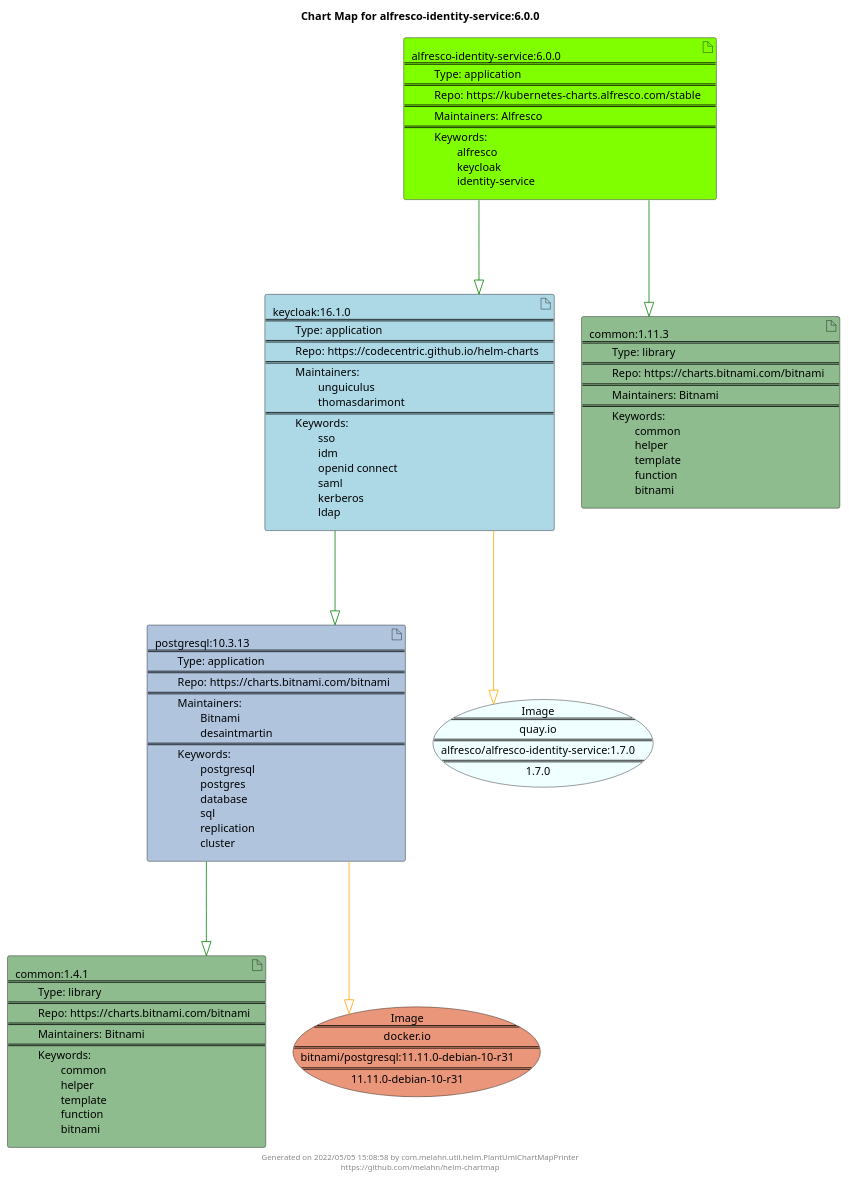
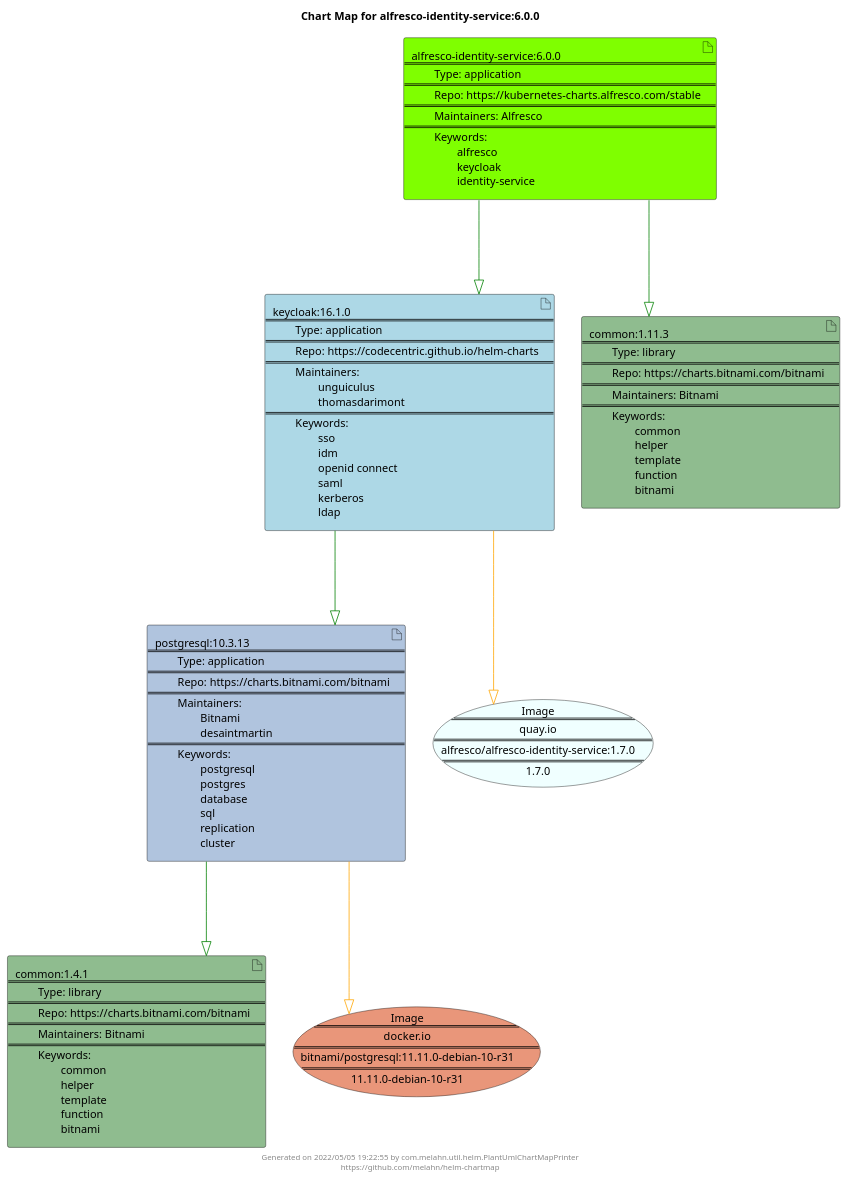
The diagram in docs/alfresco-identity-service/alfresco-identity-service-6.0.0.puml (melahn/helm-chartmap), drawn with PlantUML before and after one commit. The commit also changed 63 other files, not shown here.

Commit message:
Update Example Chart Maps as part of GitHub build

```diff
--- a/docs/alfresco-identity-service/alfresco-identity-service-6.0.0.puml
+++ b/docs/alfresco-identity-service/alfresco-identity-service-6.0.0.puml
@@ -1,31 +1,31 @@
 @startuml
 skinparam linetype ortho
 skinparam backgroundColor white
 skinparam usecaseBorderColor black
 skinparam usecaseArrowColor LightSlateGray
 skinparam artifactBorderColor black
 skinparam artifactArrowColor LightSlateGray
 
 title Chart Map for alfresco-identity-service:6.0.0
 
 'There are 5 referenced Helm Charts
 artifact "common:1.4.1\n====\n\tType: library\n====\n\tRepo: https://charts.bitnami.com/bitnami\n====\n\tMaintainers: Bitnami\n====\n\tKeywords: \n\t\tcommon\n\t\thelper\n\t\ttemplate\n\t\tfunction\n\t\tbitnami" as common_1_4_1 #DarkSeaGreen
 artifact "keycloak:16.1.0\n====\n\tType: application\n====\n\tRepo: https://codecentric.github.io/helm-charts\n====\n\tMaintainers: \n\t\tunguiculus\n\t\tthomasdarimont\n====\n\tKeywords: \n\t\tsso\n\t\tidm\n\t\topenid connect\n\t\tsaml\n\t\tkerberos\n\t\tldap" as keycloak_16_1_0 #LightBlue
 artifact "postgresql:10.3.13\n====\n\tType: application\n====\n\tRepo: https://charts.bitnami.com/bitnami\n====\n\tMaintainers: \n\t\tBitnami\n\t\tdesaintmartin\n====\n\tKeywords: \n\t\tpostgresql\n\t\tpostgres\n\t\tdatabase\n\t\tsql\n\t\treplication\n\t\tcluster" as postgresql_10_3_13 #LightSteelBlue
 artifact "alfresco-identity-service:6.0.0\n====\n\tType: application\n====\n\tRepo: https://kubernetes-charts.alfresco.com/stable\n====\n\tMaintainers: Alfresco\n====\n\tKeywords: \n\t\talfresco\n\t\tkeycloak\n\t\tidentity-service" as alfresco_identity_service_6_0_0 #Chartreuse
 artifact "common:1.11.3\n====\n\tType: library\n====\n\tRepo: https://charts.bitnami.com/bitnami\n====\n\tMaintainers: Bitnami\n====\n\tKeywords: \n\t\tcommon\n\t\thelper\n\t\ttemplate\n\t\tfunction\n\t\tbitnami" as common_1_11_3 #DarkSeaGreen
 
 'There are 2 referenced Docker Images
 usecase "Image\n====\nquay.io\n====\nalfresco/alfresco-identity-service:1.7.0\n====\n1.7.0" as quay_io_alfresco_alfresco_identity_service_1_7_0 #Azure
 usecase "Image\n====\ndocker.io\n====\nbitnami/postgresql:11.11.0-debian-10-r31\n====\n11.11.0-debian-10-r31" as docker_io_bitnami_postgresql_11_11_0_debian_10_r31 #DarkSalmon
 
 'Chart Dependencies
+alfresco_identity_service_6_0_0--[#green]-|>common_1_11_3
 alfresco_identity_service_6_0_0--[#green]-|>keycloak_16_1_0
 keycloak_16_1_0--[#green]-|>postgresql_10_3_13
 postgresql_10_3_13--[#green]-|>common_1_4_1
-alfresco_identity_service_6_0_0--[#green]-|>common_1_11_3
 keycloak_16_1_0--[#orange]-|>quay_io_alfresco_alfresco_identity_service_1_7_0
 postgresql_10_3_13--[#orange]-|>docker_io_bitnami_postgresql_11_11_0_debian_10_r31
 
-center footer Generated on 2022/05/05 15:08:58 by com.melahn.util.helm.PlantUmlChartMapPrinter\nhttps://github.com/melahn/helm-chartmap
+center footer Generated on 2022/05/05 19:22:55 by com.melahn.util.helm.PlantUmlChartMapPrinter\nhttps://github.com/melahn/helm-chartmap
 @enduml
```
